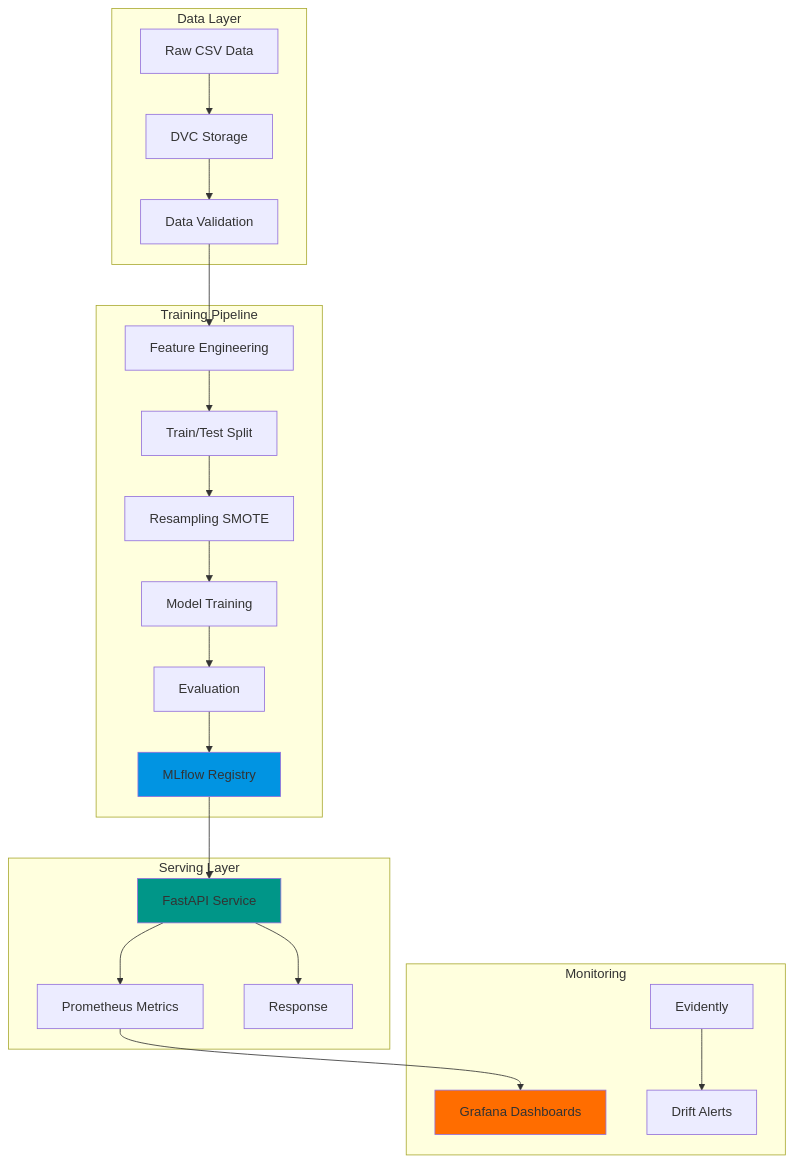
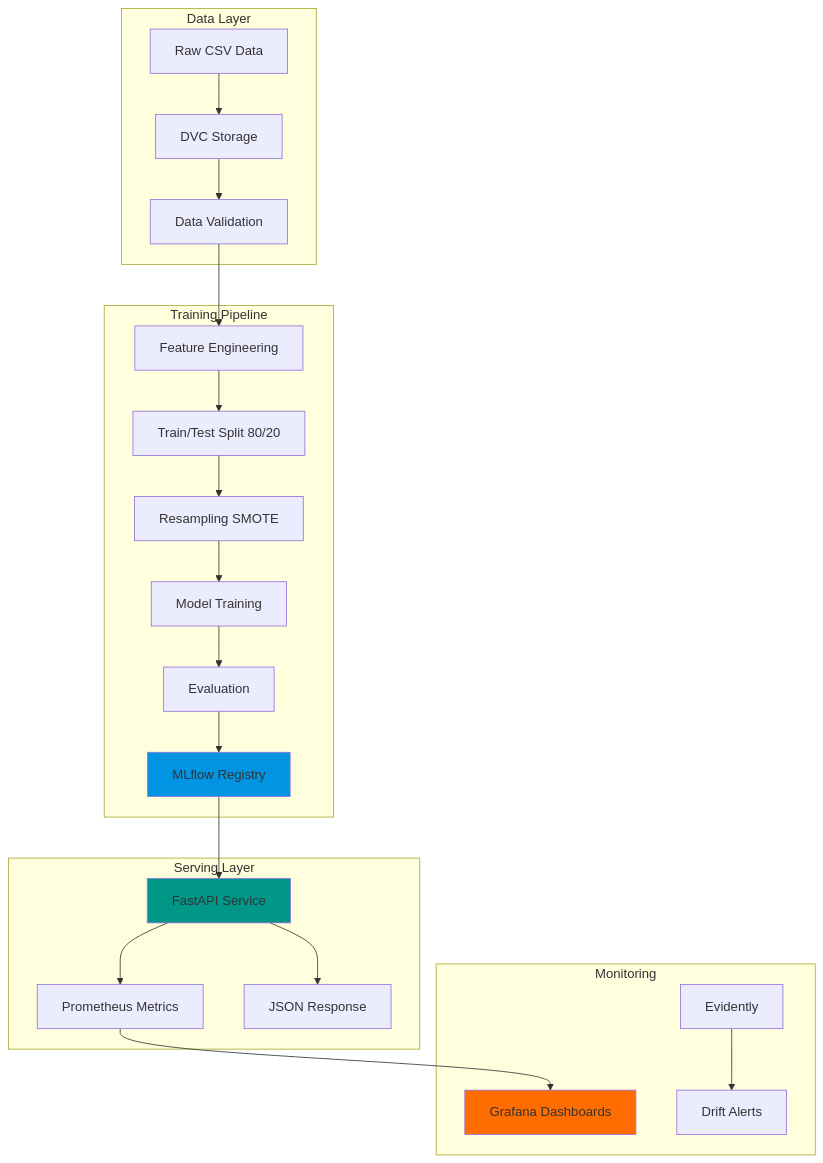
One commit to DuqueOM/ML-MLOps-Portfolio changed the first of 2 diagrams in BankChurn-Predictor/README.md. Above: the diagram before and after it, drawn with Mermaid. The commit also changed other lines of this file and 3 other files, not shown here.

````diff
--- a/BankChurn-Predictor/README.md
+++ b/BankChurn-Predictor/README.md
@@ -163,31 +196,31 @@
 ```mermaid
 graph TB
     subgraph "Data Layer"
         A[Raw CSV Data] --> B[DVC Storage]
         B --> C[Data Validation]
     end
     
     subgraph "Training Pipeline"
         C --> D[Feature Engineering]
-        D --> E[Train/Test Split]
+        D --> E[Train/Test Split 80/20]
         E --> F[Resampling SMOTE]
         F --> G[Model Training]
         G --> H[Evaluation]
         H --> I[MLflow Registry]
     end
     
     subgraph "Serving Layer"
         I --> J[FastAPI Service]
         J --> K[Prometheus Metrics]
-        J --> L[Response]
+        J --> L[JSON Response]
     end
     
     subgraph "Monitoring"
         K --> M[Grafana Dashboards]
         N[Evidently] --> O[Drift Alerts]
     end
     
     style I fill:#0194E2
     style J fill:#009688
     style M fill:#FF6D00
 ```
````
